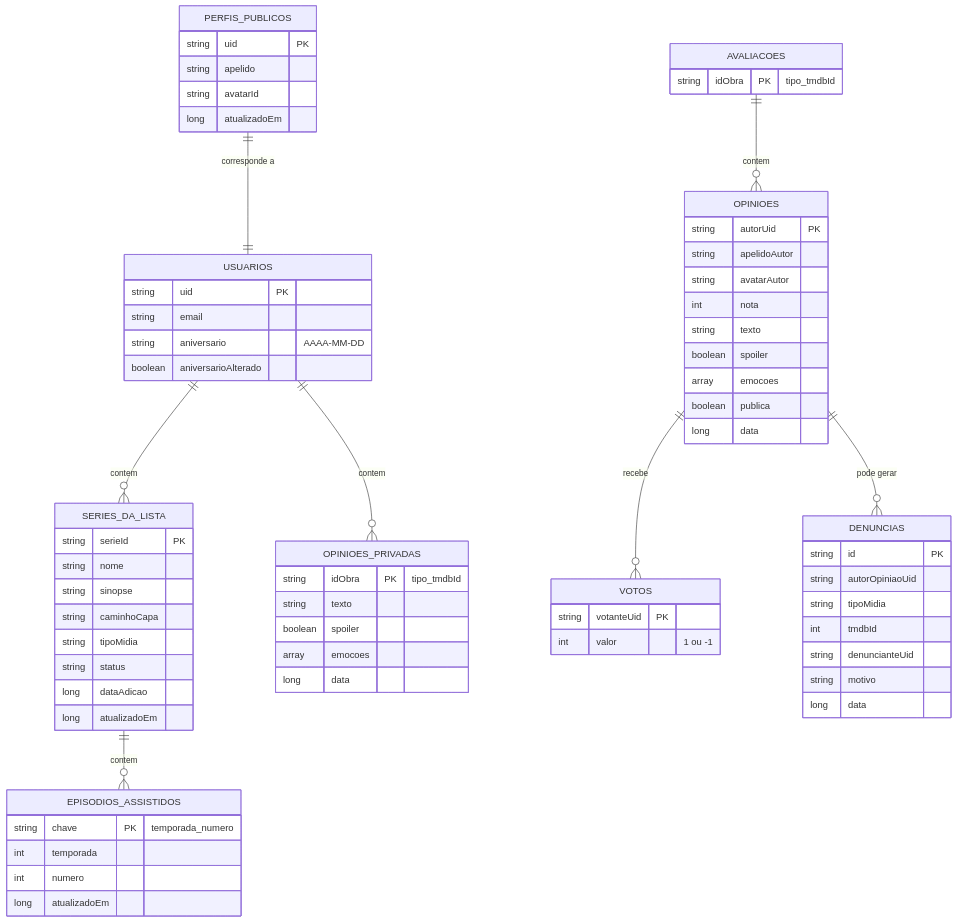
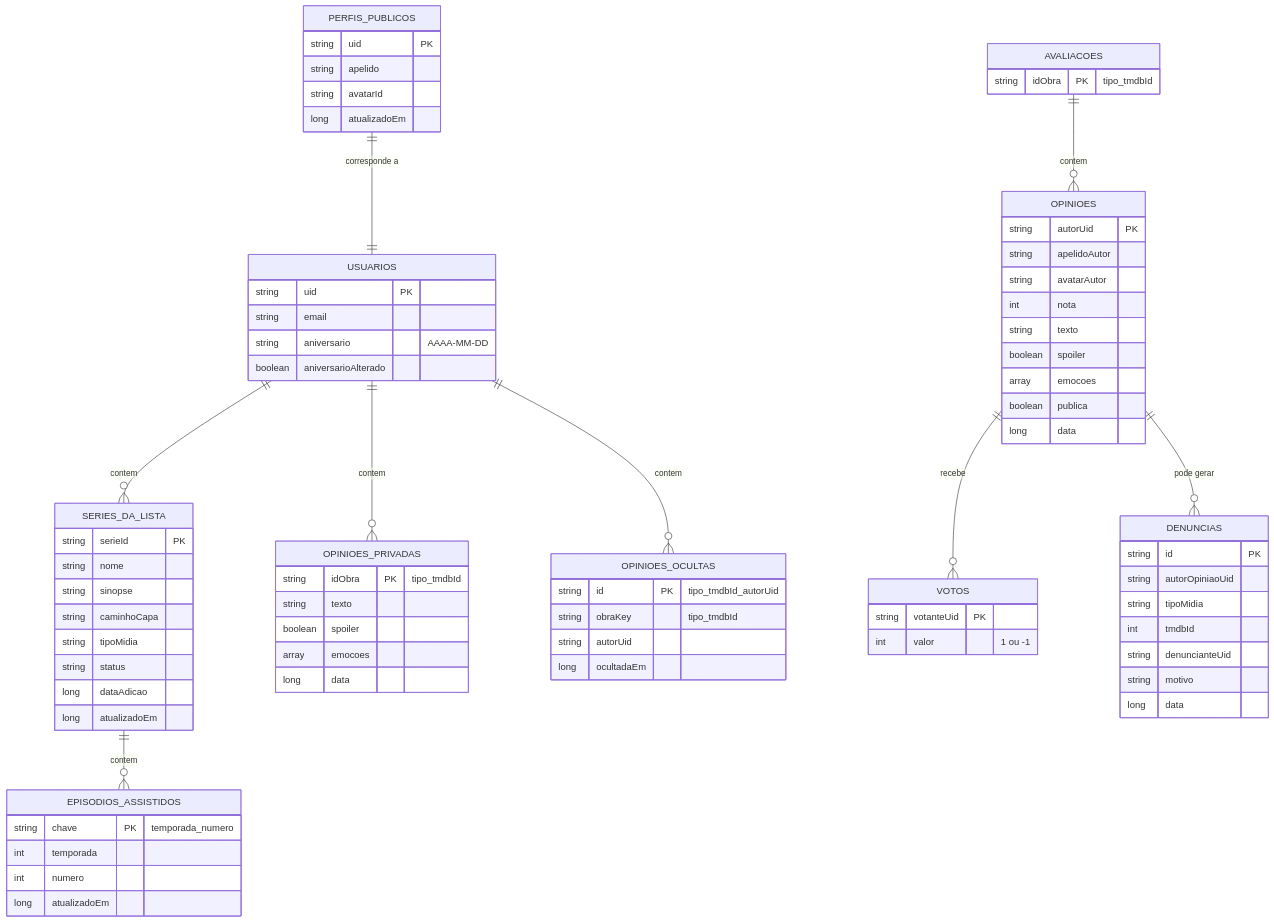
One commit to Lucksander/Seriando changed the first of 2 diagrams in docs/modelagem-banco.md. Above: the diagram before and after it, drawn with Mermaid. The commit also changed other lines of this file and 22 other files, not shown here.

````diff
--- a/docs/modelagem-banco.md
+++ b/docs/modelagem-banco.md
@@ -15,73 +15,80 @@
 ```mermaid
 erDiagram
   USUARIOS ||--o{ SERIES_DA_LISTA : contem
   USUARIOS ||--o{ OPINIOES_PRIVADAS : contem
+  USUARIOS ||--o{ OPINIOES_OCULTAS : contem
   SERIES_DA_LISTA ||--o{ EPISODIOS_ASSISTIDOS : contem
   AVALIACOES ||--o{ OPINIOES : contem
   OPINIOES ||--o{ VOTOS : recebe
   OPINIOES ||--o{ DENUNCIAS : "pode gerar"
   PERFIS_PUBLICOS ||--|| USUARIOS : "corresponde a"
 
   USUARIOS {
     string uid PK
     string email
     string aniversario "AAAA-MM-DD"
     boolean aniversarioAlterado
   }
   PERFIS_PUBLICOS {
     string uid PK
     string apelido
     string avatarId
     long atualizadoEm
   }
   SERIES_DA_LISTA {
     string serieId PK
     string nome
     string sinopse
     string caminhoCapa
     string tipoMidia
     string status
     long dataAdicao
     long atualizadoEm
   }
   EPISODIOS_ASSISTIDOS {
     string chave PK "temporada_numero"
     int temporada
     int numero
     long atualizadoEm
   }
   AVALIACOES {
     string idObra PK "tipo_tmdbId"
   }
   OPINIOES {
     string autorUid PK
     string apelidoAutor
     string avatarAutor
     int nota
     string texto
     boolean spoiler
     array emocoes
     boolean publica
     long data
   }
   OPINIOES_PRIVADAS {
     string idObra PK "tipo_tmdbId"
     string texto
     boolean spoiler
     array emocoes
     long data
   }
+  OPINIOES_OCULTAS {
+    string id PK "tipo_tmdbId_autorUid"
+    string obraKey "tipo_tmdbId"
+    string autorUid
+    long ocultadaEm
+  }
   VOTOS {
     string votanteUid PK
     int valor "1 ou -1"
   }
   DENUNCIAS {
     string id PK
     string autorOpiniaoUid
     string tipoMidia
     int tmdbId
     string denuncianteUid
     string motivo
     long data
   }
 ```
````
